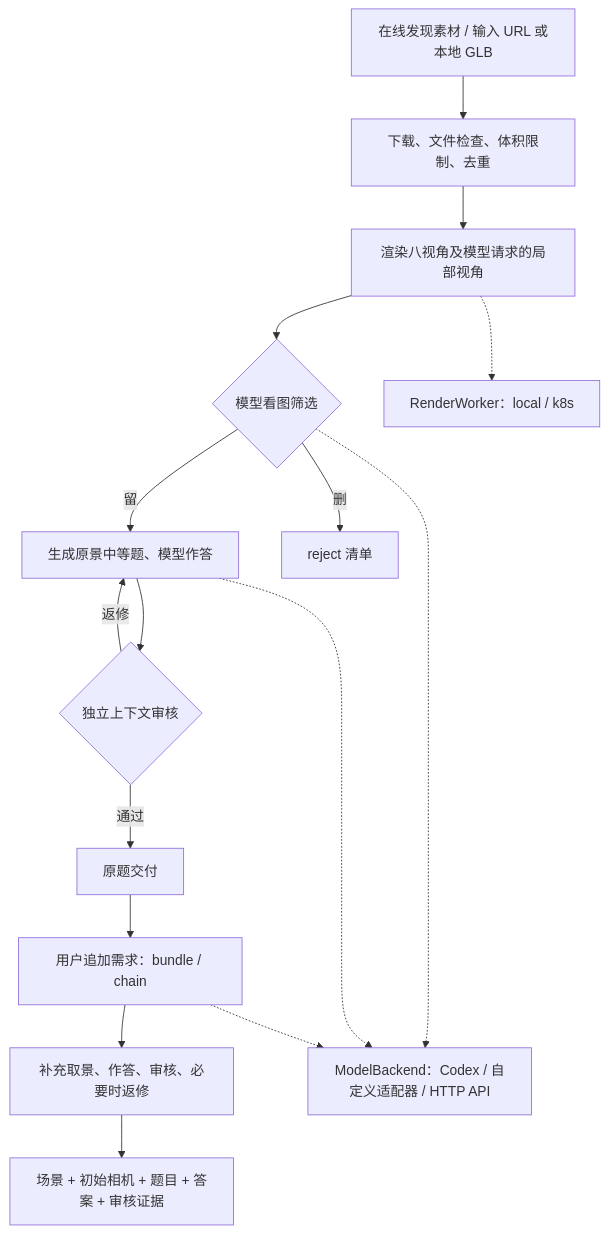
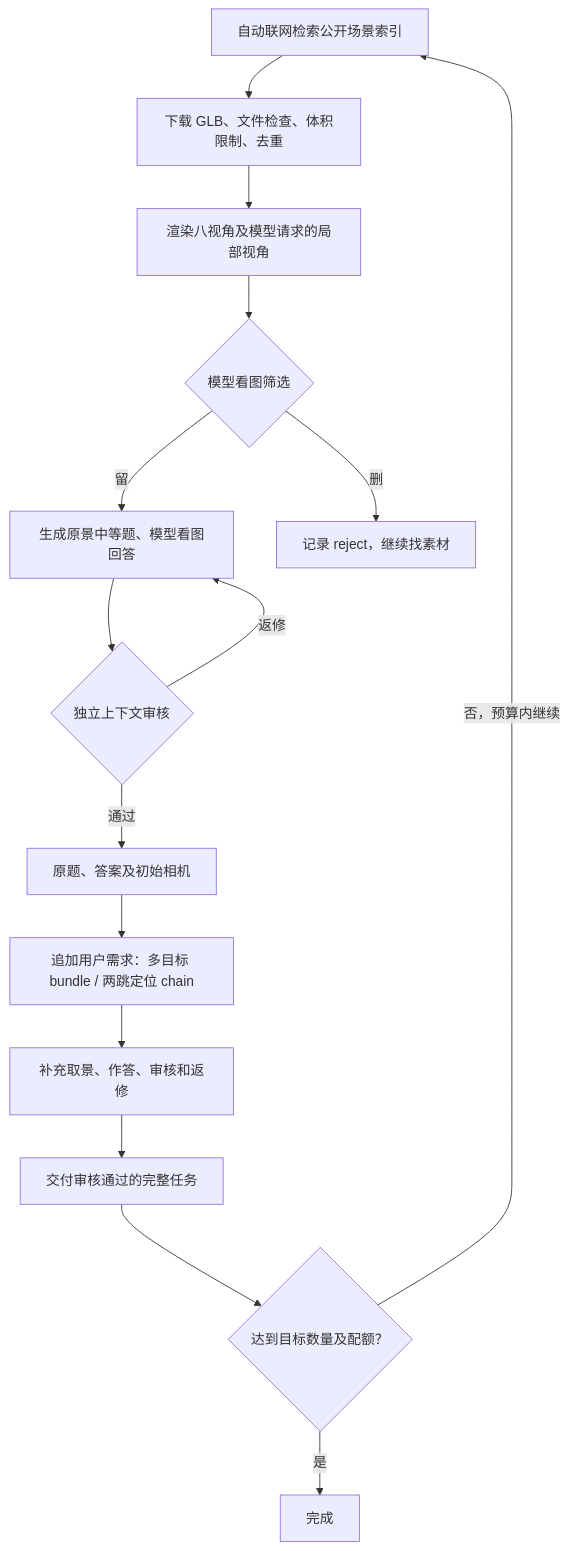
One commit to wzhwzhwzh0921/3D-Surfing changed the diagram in README.md. Above: the diagram before and after it, drawn with Mermaid. The commit also changed other lines of this file and 5 other files, not shown here.

````diff
--- a/README.md
+++ b/README.md
@@ -9,18 +11,17 @@
 ```mermaid
 flowchart TD
-  A[在线发现素材 / 输入 URL 或本地 GLB] --> B[下载、文件检查、体积限制、去重]
+  A[自动联网检索公开场景索引] --> B[下载 GLB、文件检查、体积限制、去重]
   B --> C[渲染八视角及模型请求的局部视角]
   C --> D{模型看图筛选}
-  D -->|留| E[生成原景中等题、模型作答]
-  D -->|删| R[reject 清单]
+  D -->|留| E[生成原景中等题、模型看图回答]
+  D -->|删| R[记录 reject，继续找素材]
   E --> F{独立上下文审核}
   F -->|返修| E
-  F -->|通过| G[原题交付]
-  G --> H[用户追加需求：bundle / chain]
-  H --> I[补充取景、作答、审核、必要时返修]
-  I --> J[场景 + 初始相机 + 题目 + 答案 + 审核证据]
-  C -.-> K[RenderWorker：local / k8s]
-  D -.-> M[ModelBackend：Codex / 自定义适配器 / HTTP API]
-  E -.-> M
-  H -.-> M
+  F -->|通过| G[原题、答案及初始相机]
+  G --> H[追加用户需求：多目标 bundle / 两跳定位 chain]
+  H --> I[补充取景、作答、审核和返修]
+  I --> J[交付审核通过的完整任务]
+  J --> Q{达到目标数量及配额？}
+  Q -->|否，预算内继续| A
+  Q -->|是| Z[完成]
 ```
````
